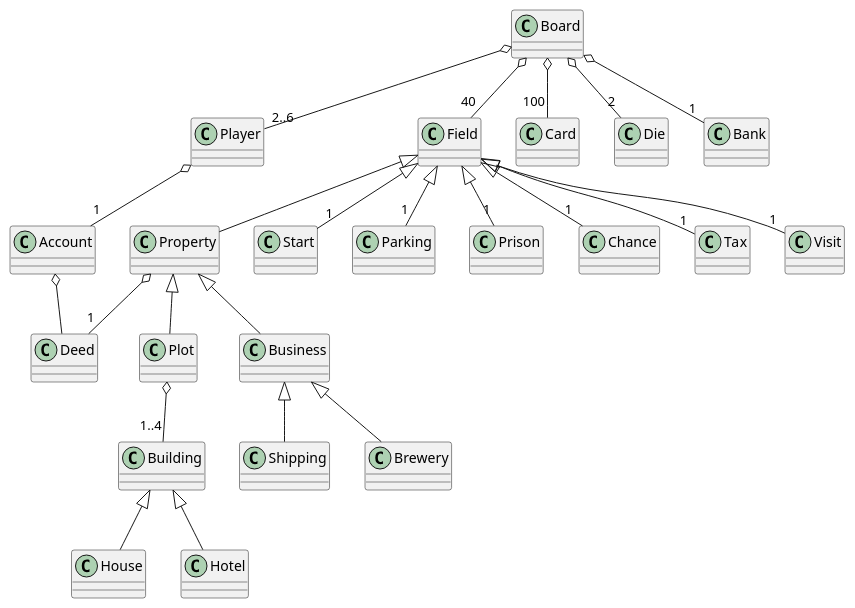
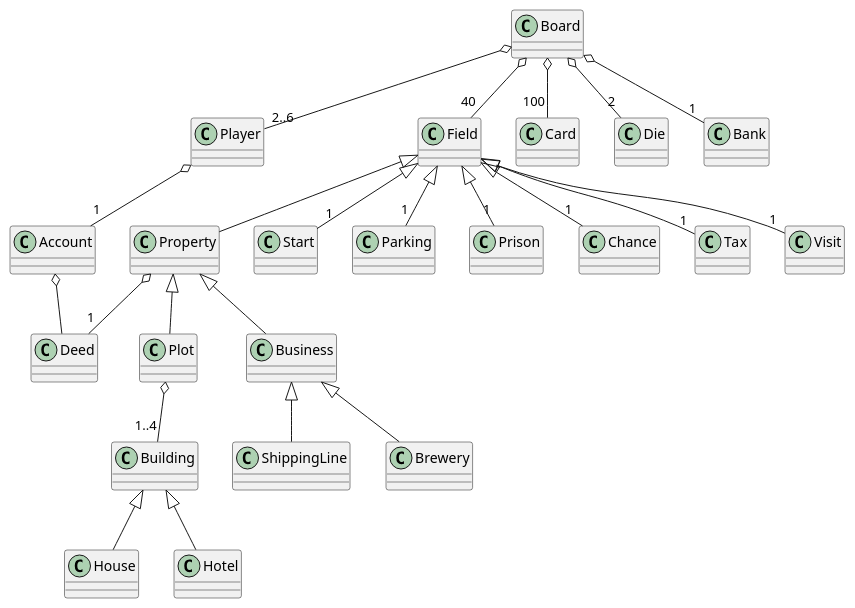
Before and after one commit to coerth/Opgaver: the diagram in Arbejdsmappe/IntelliJ/bank/src/Domain diagram.puml, drawn with PlantUML. The commit also changed 39 other files, not shown here.

```diff
--- a/Arbejdsmappe/IntelliJ/bank/src/Domain diagram.puml
+++ b/Arbejdsmappe/IntelliJ/bank/src/Domain diagram.puml
@@ -1,30 +1,30 @@
 @startuml
 'https://plantuml.com/class-diagram
 
 Board o--"2..6" Player
 Board o--"40" Field
 Board o--"100" Card
 Board o-- "2" Die
 Player o-- "1" Account
 Property o-- "1" Deed
 Field <|-- "1" Start
 Field <|-- "1" Parking
 Field <|--  Property
 Field <|-- "1" Prison
 Field <|-- "1" Chance
 Field <|-- "1" Tax
 Field <|-- "1" Visit
 Property <|-- Plot
 Property <|-- Business
-Business <|-- Shipping
+Business <|-- ShippingLine
 Business <|-- Brewery
 Plot o--"1..4" Building
 Building <|-- House
 Building <|-- Hotel
 Board o-- "1" Bank
 Account o-- Deed
 
 
 
 
 @enduml
```
